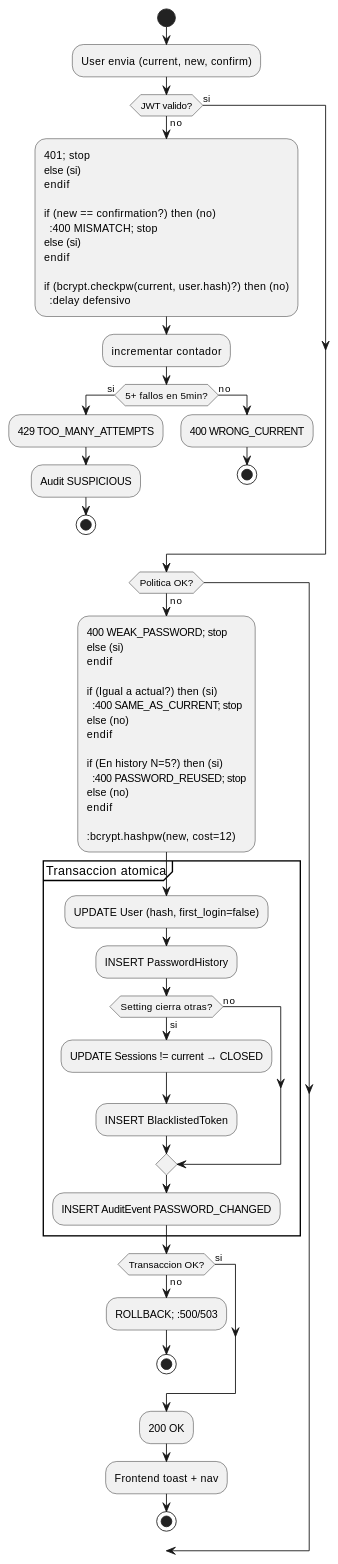
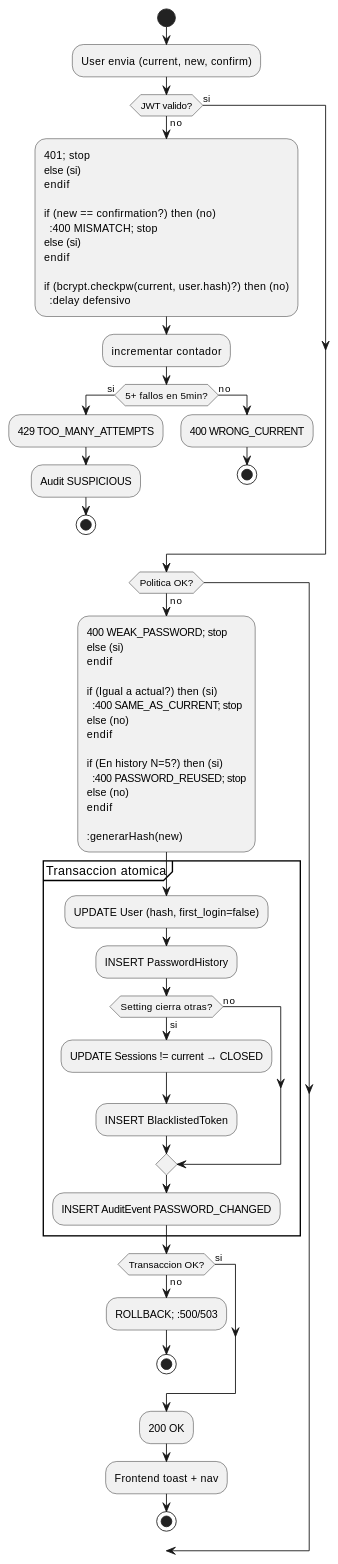
The third of 4 diagrams in source/requisitos/casos-uso/auth/uc-auth-04/diagramas-uml.rst (jcg-admin/IACT-docs), drawn with PlantUML before and after one commit. The commit also changed other lines of this file and 48 other files, not shown here.

```diff
--- a/source/requisitos/casos-uso/auth/uc-auth-04/diagramas-uml.rst
+++ b/source/requisitos/casos-uso/auth/uc-auth-04/diagramas-uml.rst
@@ -108,73 +108,73 @@
 .. uml::
  :caption: UC_AUTH_04 — actividad
 
  @startuml
 
  start
 
  :User envia (current, new, confirm);
 
  if (JWT valido?) then (no)
    :401; stop
  else (si)
  endif
 
  if (new == confirmation?) then (no)
    :400 MISMATCH; stop
  else (si)
  endif
 
  if (bcrypt.checkpw(current, user.hash)?) then (no)
    :delay defensivo;
    :incrementar contador;
    if (5+ fallos en 5min?) then (si)
      :429 TOO_MANY_ATTEMPTS;
      :Audit SUSPICIOUS;
      stop
    else (no)
      :400 WRONG_CURRENT;
      stop
    endif
  else (si)
  endif
 
  if (Politica OK?) then (no)
    :400 WEAK_PASSWORD; stop
  else (si)
  endif
 
  if (Igual a actual?) then (si)
    :400 SAME_AS_CURRENT; stop
  else (no)
  endif
 
  if (En history N=5?) then (si)
    :400 PASSWORD_REUSED; stop
  else (no)
  endif
 
- :bcrypt.hashpw(new, cost=12);
+ :generarHash(new);
 
  partition "Transaccion atomica" {
    :UPDATE User (hash, first_login=false);
    :INSERT PasswordHistory;
    if (Setting cierra otras?) then (si)
      :UPDATE Sessions != current → CLOSED;
      :INSERT BlacklistedToken;
    else (no)
    endif
    :INSERT AuditEvent PASSWORD_CHANGED;
  }
 
  if (Transaccion OK?) then (no)
    :ROLLBACK; :500/503;
    stop
  else (si)
  endif
 
  :200 OK;
  :Frontend toast + nav;
 
  stop
 
  @enduml
```
